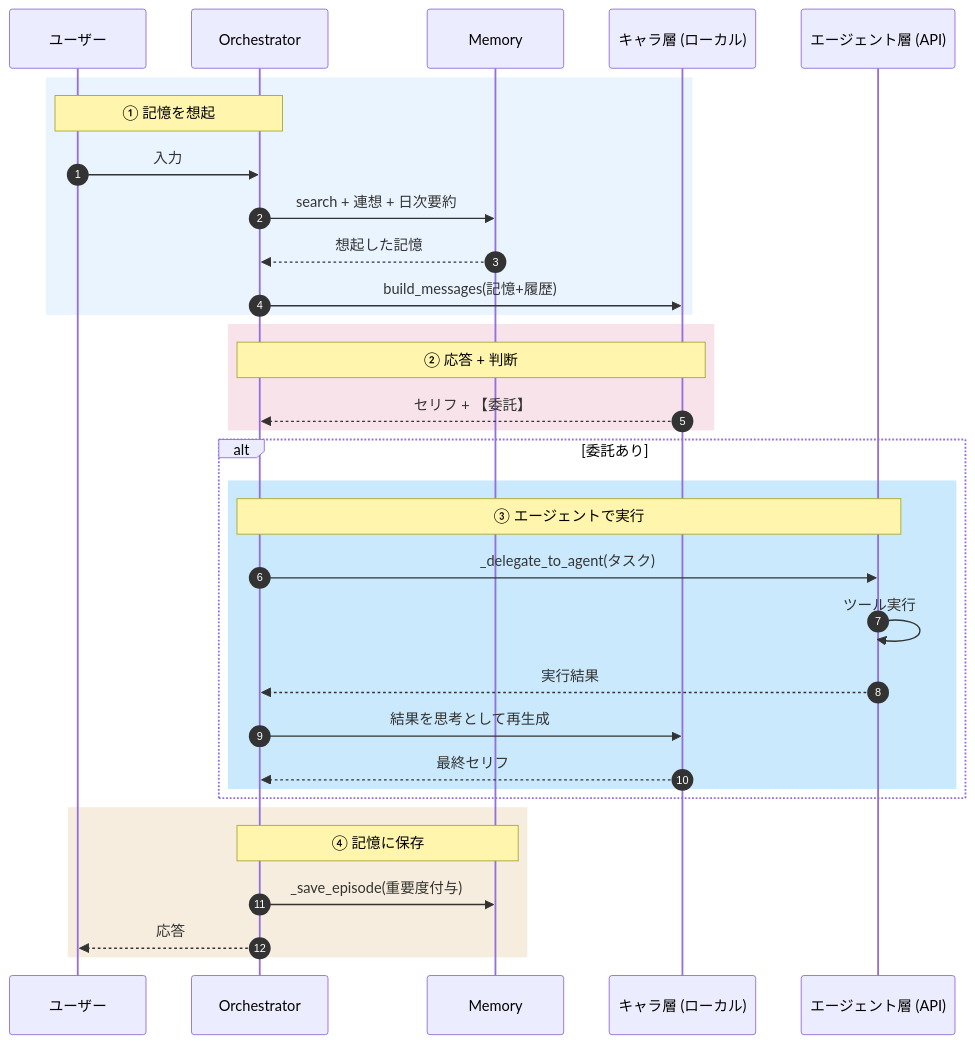
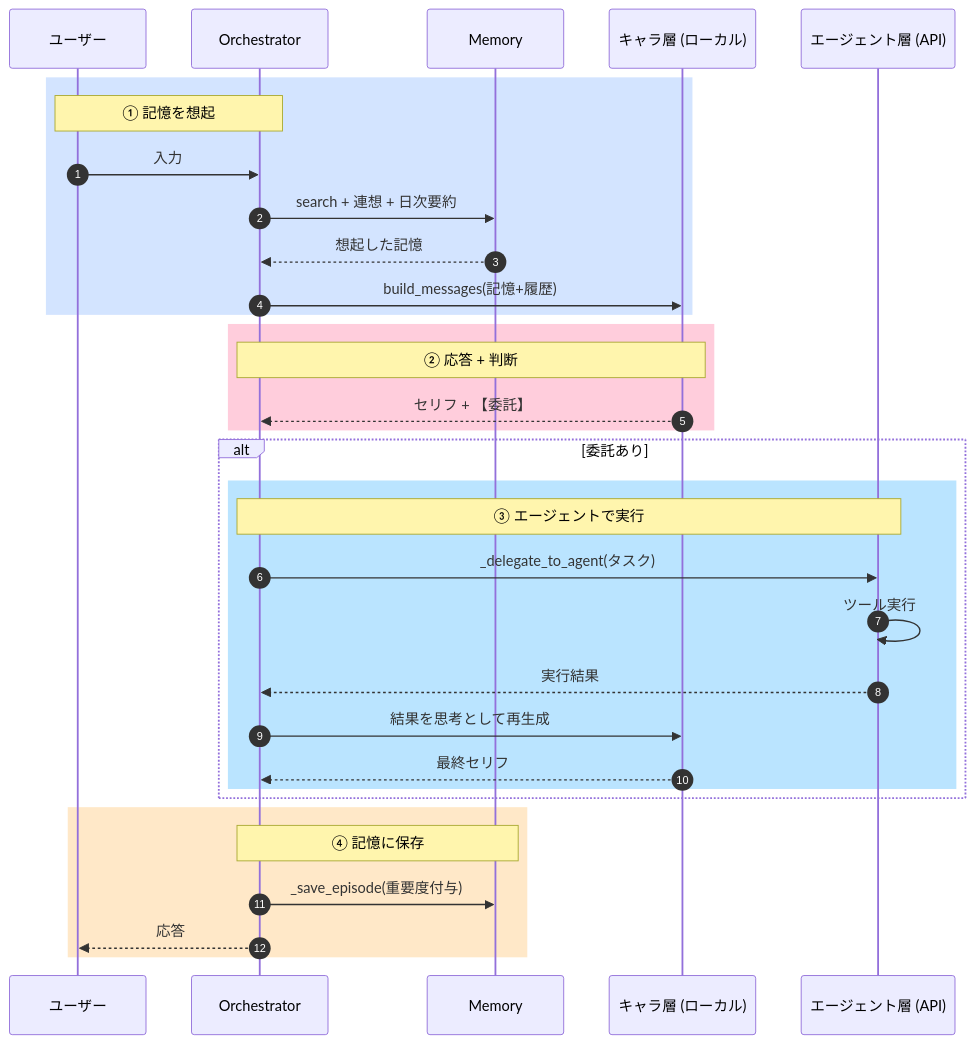
Before and after one commit to kuroron000234/Project-Lucina: the third of 4 diagrams in README.md, drawn with Mermaid. The commit also changed other lines of this file, not shown here.

````diff
--- a/README.md
+++ b/README.md
@@ -126,39 +126,39 @@
 ```mermaid
 sequenceDiagram
     autonumber
     participant U as ユーザー
     participant O as Orchestrator
     participant M as Memory
     participant C as キャラ層 (ローカル)
     participant A as エージェント層 (API)
 
-    rect rgba(220, 237, 255, 0.6)
+    rect rgb(211, 228, 255)
         Note over U,O: ① 記憶を想起
         U->>O: 入力
         O->>M: search + 連想 + 日次要約
         M-->>O: 想起した記憶
         O->>C: build_messages(記憶+履歴)
     end
 
-    rect rgba(244, 200, 214, 0.5)
+    rect rgb(255, 205, 220)
         Note over O,C: ② 応答 + 判断
         C-->>O: セリフ + 【委託】
     end
 
     alt 委託あり
-        rect rgba(150, 212, 250, 0.5)
+        rect rgb(186, 228, 255)
             Note over O,A: ③ エージェントで実行
             O->>A: _delegate_to_agent(タスク)
             A->>A: ツール実行
             A-->>O: 実行結果
             O->>C: 結果を思考として再生成
             C-->>O: 最終セリフ
         end
     end
 
-    rect rgba(240, 220, 190, 0.5)
+    rect rgb(255, 232, 200)
         Note over O,M: ④ 記憶に保存
         O->>M: _save_episode(重要度付与)
         O-->>U: 応答
     end
 ```
````
